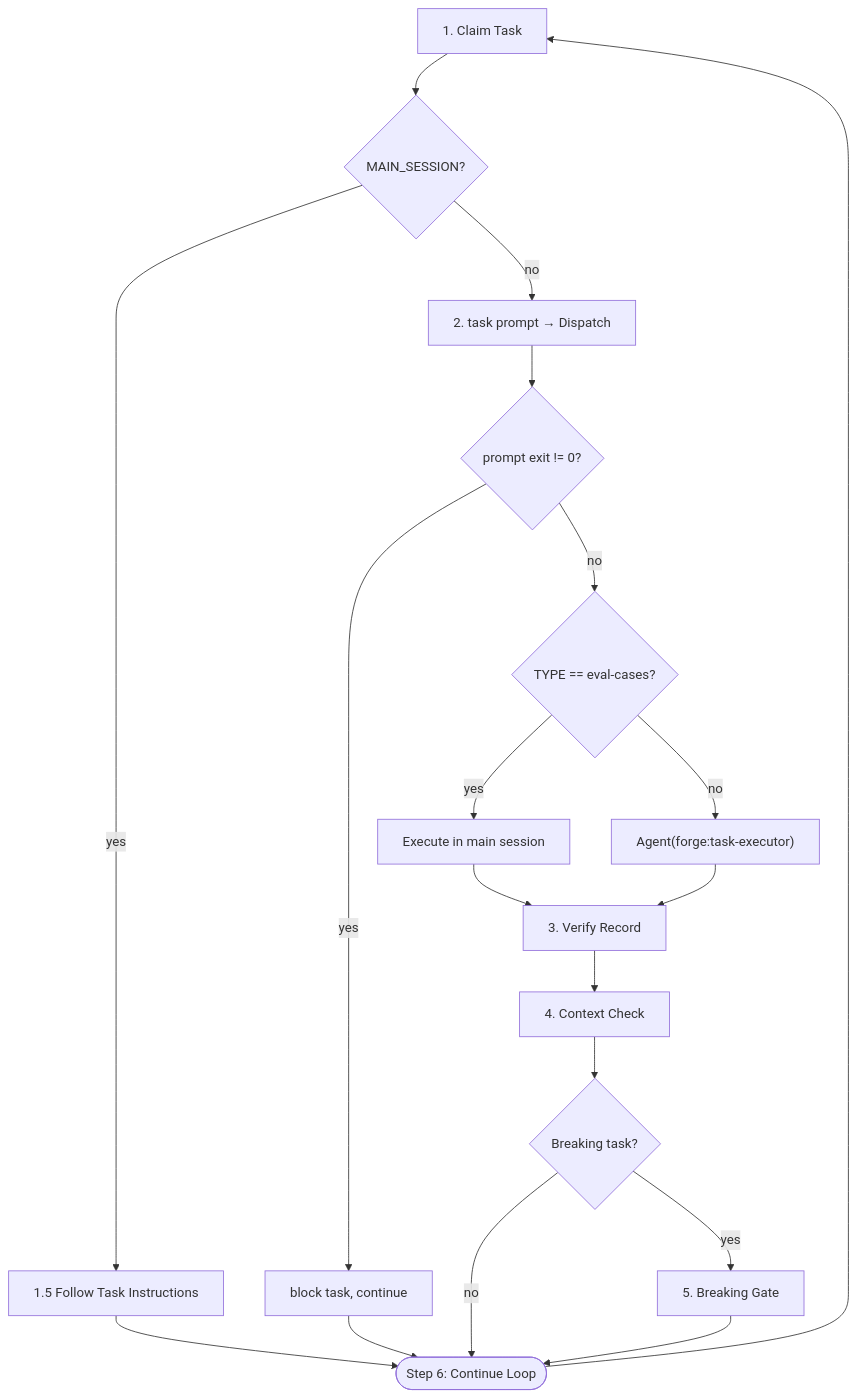
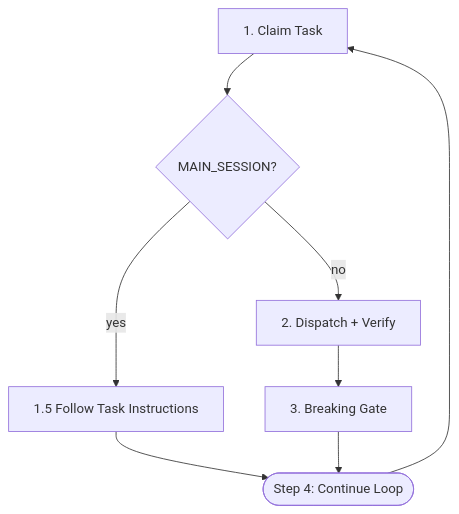
One commit to bigfaner/forge changed the diagram in plugins/forge/commands/run-tasks.md. Above: the diagram before and after it, drawn with Mermaid. The commit also changed other lines of this file and 4 other files, not shown here.

First line of the commit message:
refactor(dispatch): delegate task prompt to subagent and unify routing

````diff
--- a/plugins/forge/commands/run-tasks.md
+++ b/plugins/forge/commands/run-tasks.md
@@ -13,21 +13,10 @@
 ```mermaid
 flowchart TD
     A["1. Claim Task"] --> B{"MAIN_SESSION?"}
     B -->|"yes"| C["1.5 Follow Task Instructions"]
-    C --> LOOP(["Step 6: Continue Loop"])
-    B -->|"no"| D["2. task prompt → Dispatch"]
-    D --> D1{"prompt exit != 0?"}
-    D1 -->|"yes"| D2["block task, continue"]
-    D2 --> LOOP
-    D1 -->|"no"| D3{"TYPE == eval-cases?"}
-    D3 -->|"yes"| D4["Execute in main session"]
-    D3 -->|"no"| D5["Agent(forge:task-executor)"]
-    D4 --> E["3. Verify Record"]
-    D5 --> E
-    E --> F["4. Context Check"]
-    F --> G{"Breaking task?"}
-    G -->|"yes"| H["5. Breaking Gate"]
-    G -->|"no"| LOOP
-    H --> LOOP
+    C --> LOOP(["Step 4: Continue Loop"])
+    B -->|"no"| D["2. Dispatch + Verify"]
+    D --> E["3. Breaking Gate"]
+    E --> LOOP
     LOOP --> A
 ```
````
